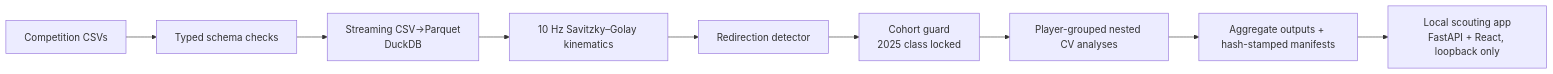
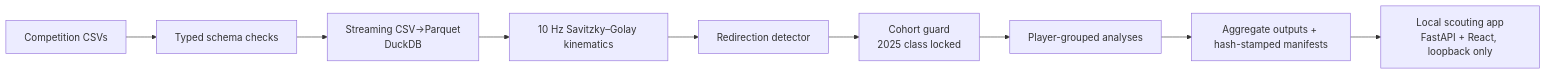
Before and after one commit to AlexRosen23/engineering-case-studies: the diagram in case-studies/the-second-move.md, drawn with Mermaid. The commit also changed other lines of this file and 15 other files, not shown here.

````diff
--- a/case-studies/the-second-move.md
+++ b/case-studies/the-second-move.md
@@ -14,11 +28,11 @@
 ```mermaid
 flowchart LR
   CSV[Competition CSVs] --> SC[Typed schema checks]
   SC --> PQ[Streaming CSV→Parquet<br/>DuckDB]
   PQ --> K[10 Hz Savitzky–Golay kinematics]
   K --> D[Redirection detector]
   D --> G[Cohort guard<br/>2025 class locked]
-  G --> A[Player-grouped nested CV analyses]
+  G --> A[Player-grouped analyses]
   A --> O[Aggregate outputs + hash-stamped manifests]
   O --> APP[Local scouting app<br/>FastAPI + React, loopback only]
 ```
````
